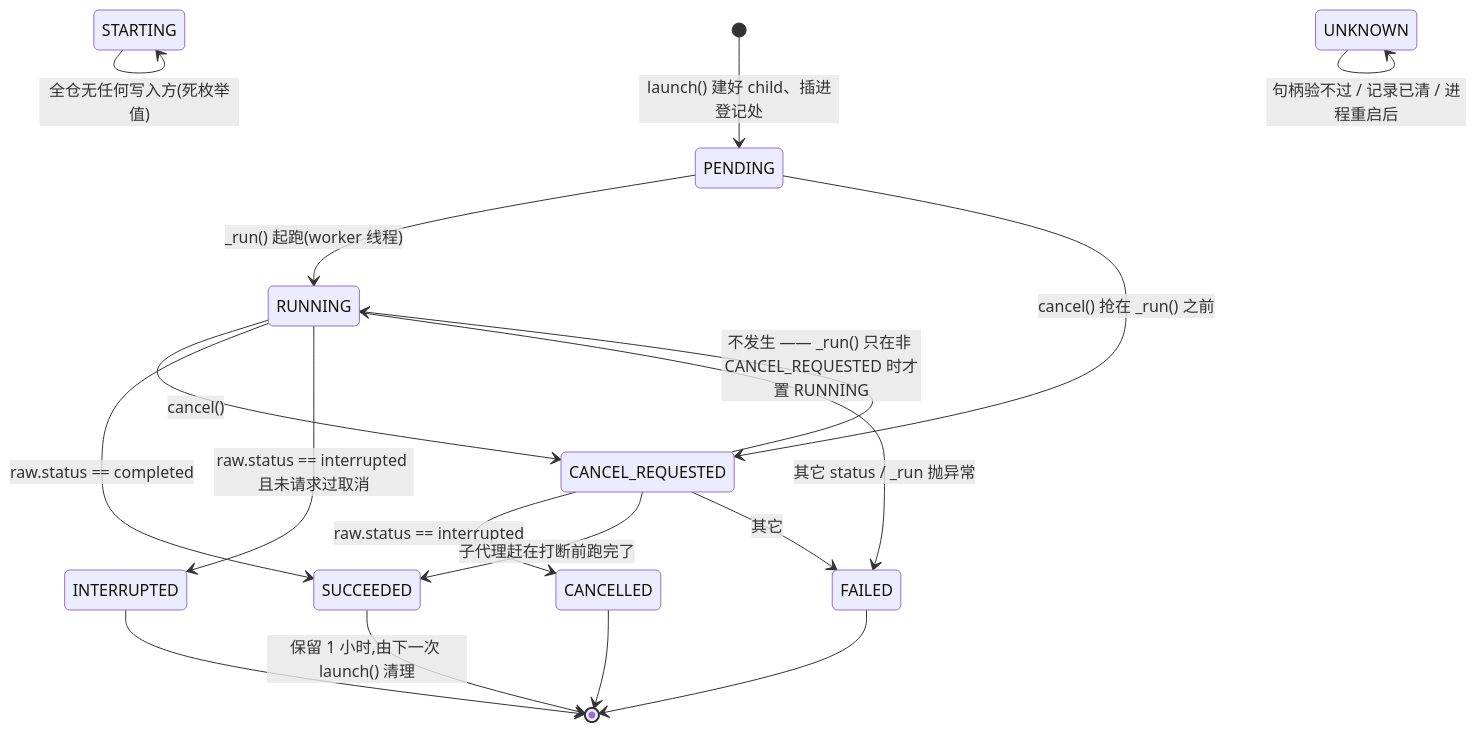
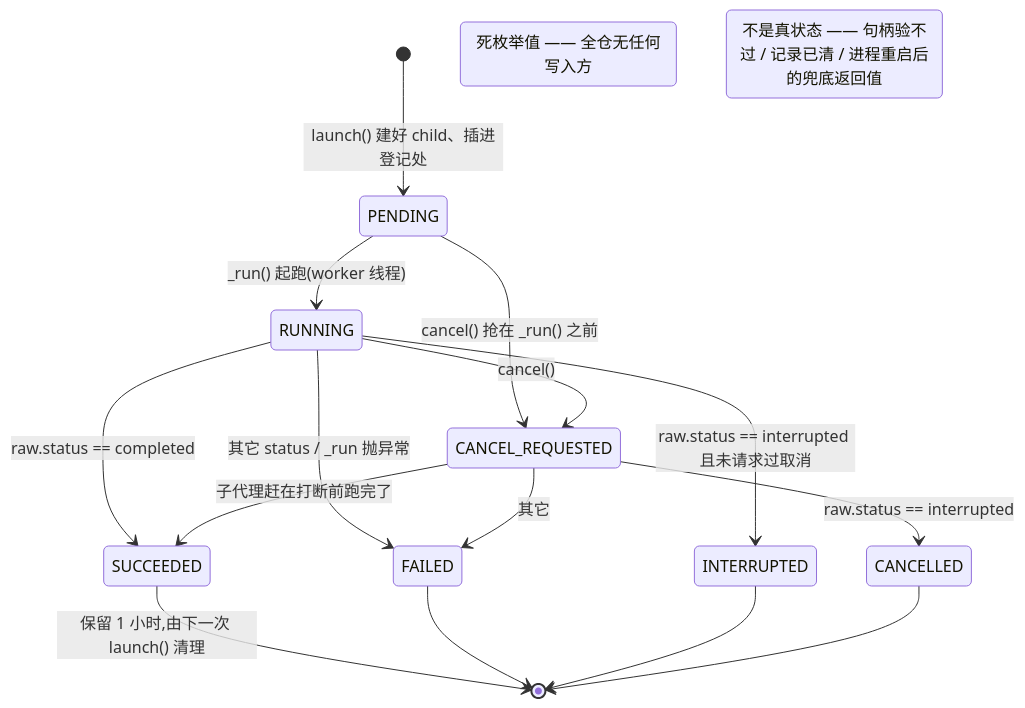
The diagram in notes/r9a-raw-async-delegation.md (BillBeam/hermes-study), drawn with Mermaid before and after one commit. The commit also changed other lines of this file and 8 other files, not shown here.

````diff
--- a/notes/r9a-raw-async-delegation.md
+++ b/notes/r9a-raw-async-delegation.md
@@ -906,20 +1039,19 @@
 ```mermaid
 stateDiagram-v2
     [*] --> PENDING : launch() 建好 child、插进登记处
     PENDING --> RUNNING : _run() 起跑(worker 线程)
     PENDING --> CANCEL_REQUESTED : cancel() 抢在 _run() 之前
     RUNNING --> CANCEL_REQUESTED : cancel()
-    CANCEL_REQUESTED --> RUNNING : 不发生 —— _run() 只在非 CANCEL_REQUESTED 时才置 RUNNING
     RUNNING --> SUCCEEDED : raw.status == completed
     RUNNING --> INTERRUPTED : raw.status == interrupted 且未请求过取消
     RUNNING --> FAILED : 其它 status / _run 抛异常
     CANCEL_REQUESTED --> CANCELLED : raw.status == interrupted
     CANCEL_REQUESTED --> SUCCEEDED : 子代理赶在打断前跑完了
     CANCEL_REQUESTED --> FAILED : 其它
     SUCCEEDED --> [*] : 保留 1 小时,由下一次 launch() 清理
     FAILED --> [*]
     INTERRUPTED --> [*]
     CANCELLED --> [*]
-    STARTING --> STARTING : 全仓无任何写入方(死枚举值)
-    UNKNOWN --> UNKNOWN : 句柄验不过 / 记录已清 / 进程重启后
+    STARTING : 死枚举值 —— 全仓无任何写入方
+    UNKNOWN : 不是真状态 —— 句柄验不过 / 记录已清 / 进程重启后的兜底返回值
 ```
````
